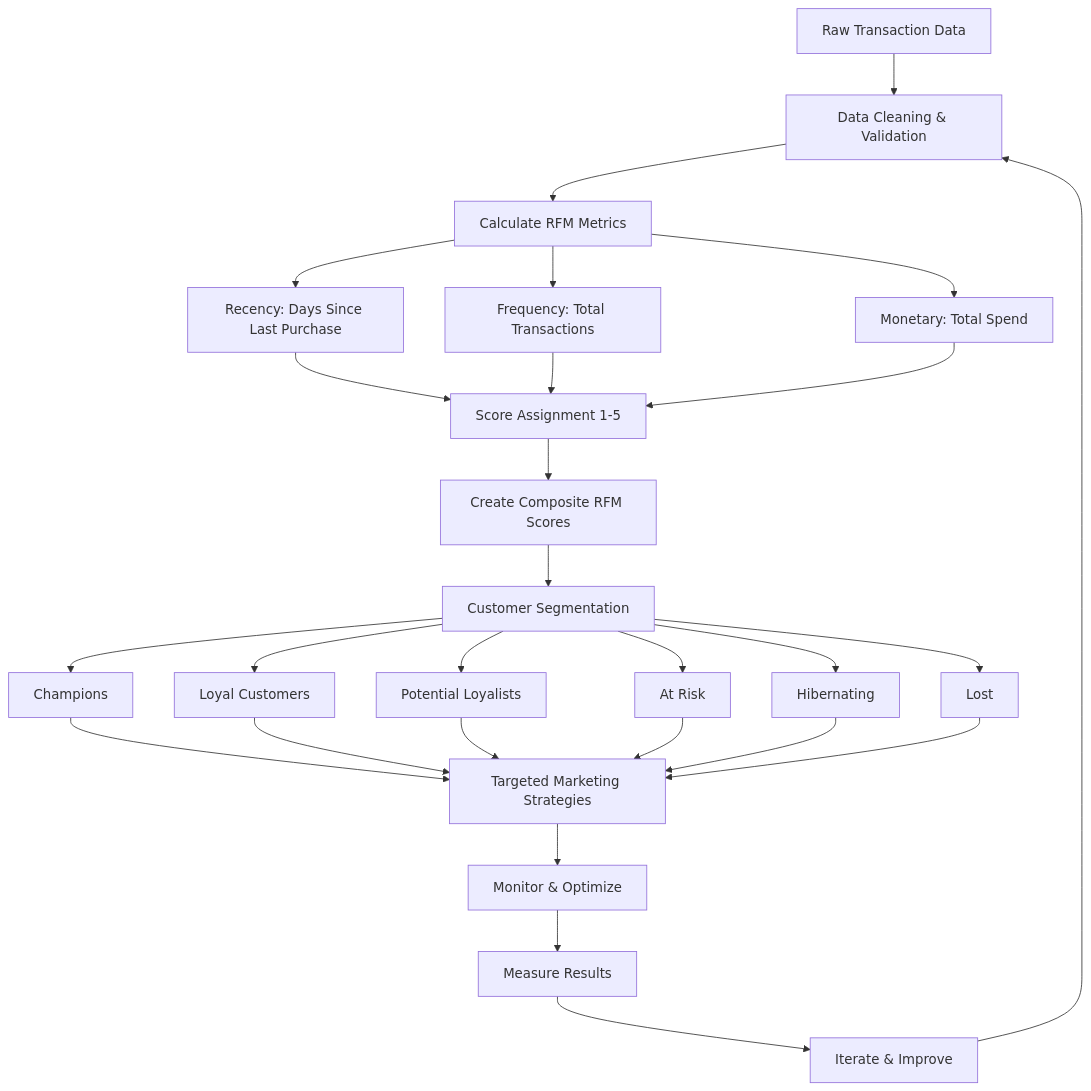
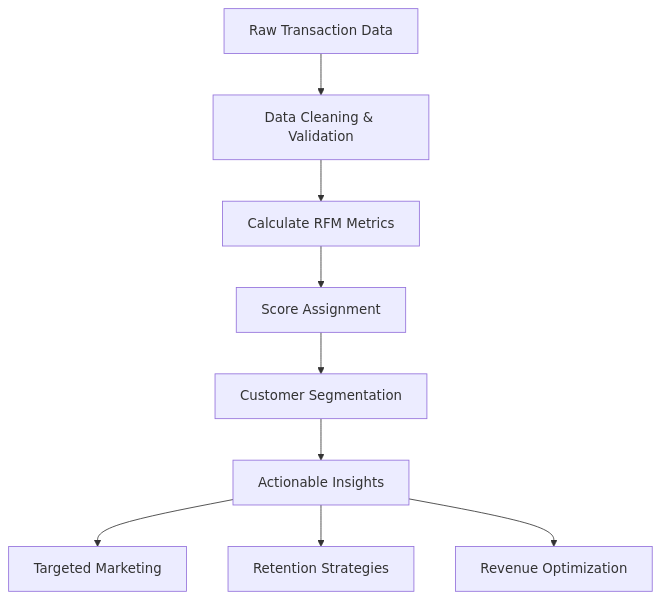
Before and after one commit to sandyb8860/RFM-Analysis-Customer-Segmentation-for-Business-Growth: the diagram in README.md, drawn with Mermaid. The commit also changed other lines of this file, not shown here.

First line of the commit message:
Add customer segmentation bar chart insights as bullet points.

````diff
--- a/README.md
+++ b/README.md
@@ -79,29 +70,11 @@
 ```mermaid
 graph TD
     A[Raw Transaction Data] --> B[Data Cleaning & Validation]
     B --> C[Calculate RFM Metrics]
-    C --> D[Recency: Days Since Last Purchase]
-    C --> E[Frequency: Total Transactions]
-    C --> F[Monetary: Total Spend]
-    D --> G[Score Assignment 1-5]
-    E --> G
-    F --> G
-    G --> H[Create Composite RFM Scores]
-    H --> I[Customer Segmentation]
-    I --> J[Champions]
-    I --> K[Loyal Customers]
-    I --> L[Potential Loyalists]
-    I --> M[At Risk]
-    I --> N[Hibernating]
-    I --> O[Lost]
-    J --> P[Targeted Marketing Strategies]
-    K --> P
-    L --> P
-    M --> P
-    N --> P
-    O --> P
-    P --> Q[Monitor & Optimize]
-    Q --> R[Measure Results]
-    R --> S[Iterate & Improve]
-    S --> B
+    C --> D[Score Assignment]
+    D --> E[Customer Segmentation]
+    E --> F[Actionable Insights]
+    F --> G[Targeted Marketing]
+    F --> H[Retention Strategies]
+    F --> I[Revenue Optimization]
 ```
````
